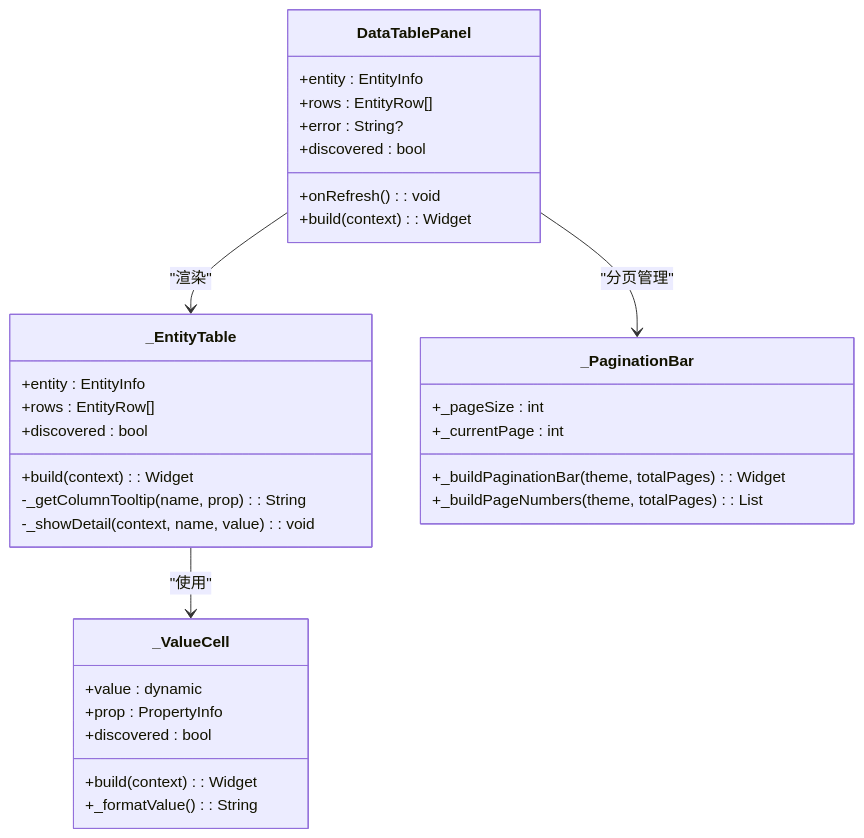
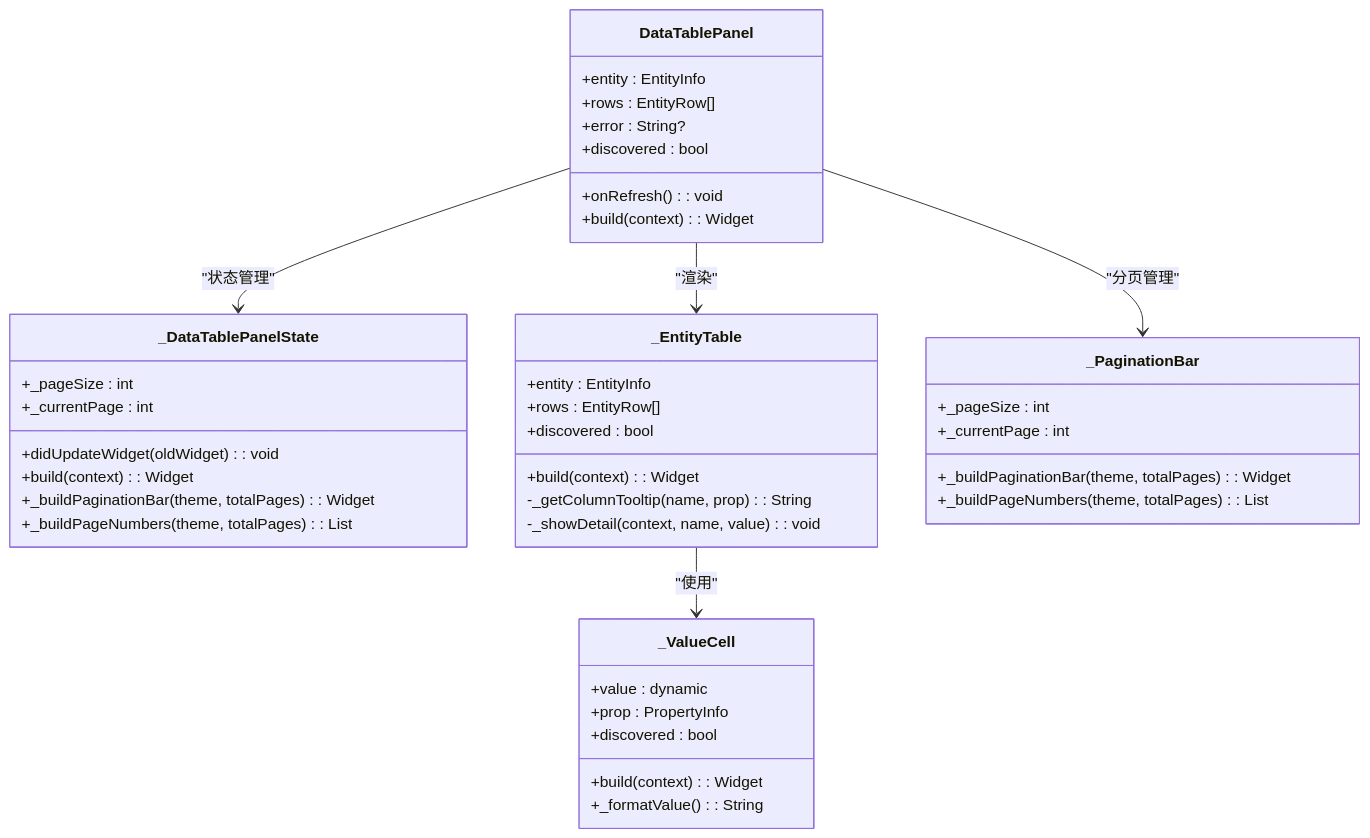
Before and after one commit to kongpf8848/objectbox_viewer: the third of 8 diagrams in .qoder/repowiki/zh/content/UI 组件/数据表格面板.md, drawn with Mermaid. The commit also changed other lines of this file and 22 other files, not shown here.

````diff
--- a/.qoder/repowiki/zh/content/UI 组件/数据表格面板.md
+++ b/.qoder/repowiki/zh/content/UI 组件/数据表格面板.md
@@ -140,35 +149,44 @@
 ```mermaid
 classDiagram
 class DataTablePanel {
 +entity : EntityInfo
 +rows : EntityRow[]
 +error : String?
 +onRefresh() : void
 +discovered : bool
 +build(context) : Widget
+}
+class _DataTablePanelState {
++_pageSize : int
++_currentPage : int
++didUpdateWidget(oldWidget) : void
++build(context) : Widget
++_buildPaginationBar(theme, totalPages) : Widget
++_buildPageNumbers(theme, totalPages) : List<Widget>
 }
 class _EntityTable {
 +entity : EntityInfo
 +rows : EntityRow[]
 +discovered : bool
 +build(context) : Widget
 -_getColumnTooltip(name, prop) : String
 -_showDetail(context, name, value) : void
 }
 class _ValueCell {
 +value : dynamic
 +prop : PropertyInfo
 +discovered : bool
 +build(context) : Widget
 +_formatValue() : String
 }
 class _PaginationBar {
 +_pageSize : int
 +_currentPage : int
 +_buildPaginationBar(theme, totalPages) : Widget
 +_buildPageNumbers(theme, totalPages) : List<Widget>
 }
+DataTablePanel --> _DataTablePanelState : "状态管理"
 DataTablePanel --> _EntityTable : "渲染"
 DataTablePanel --> _PaginationBar : "分页管理"
 _EntityTable --> _ValueCell : "使用"
 ```
````
